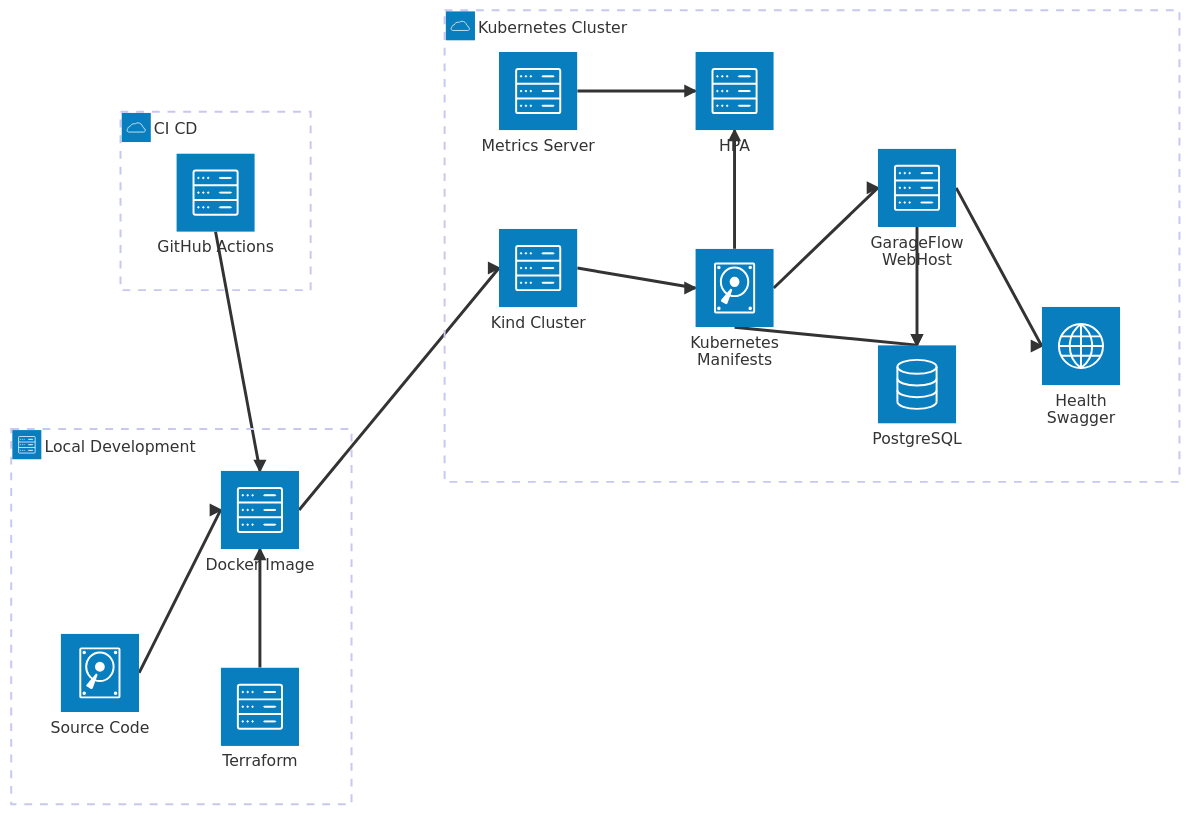
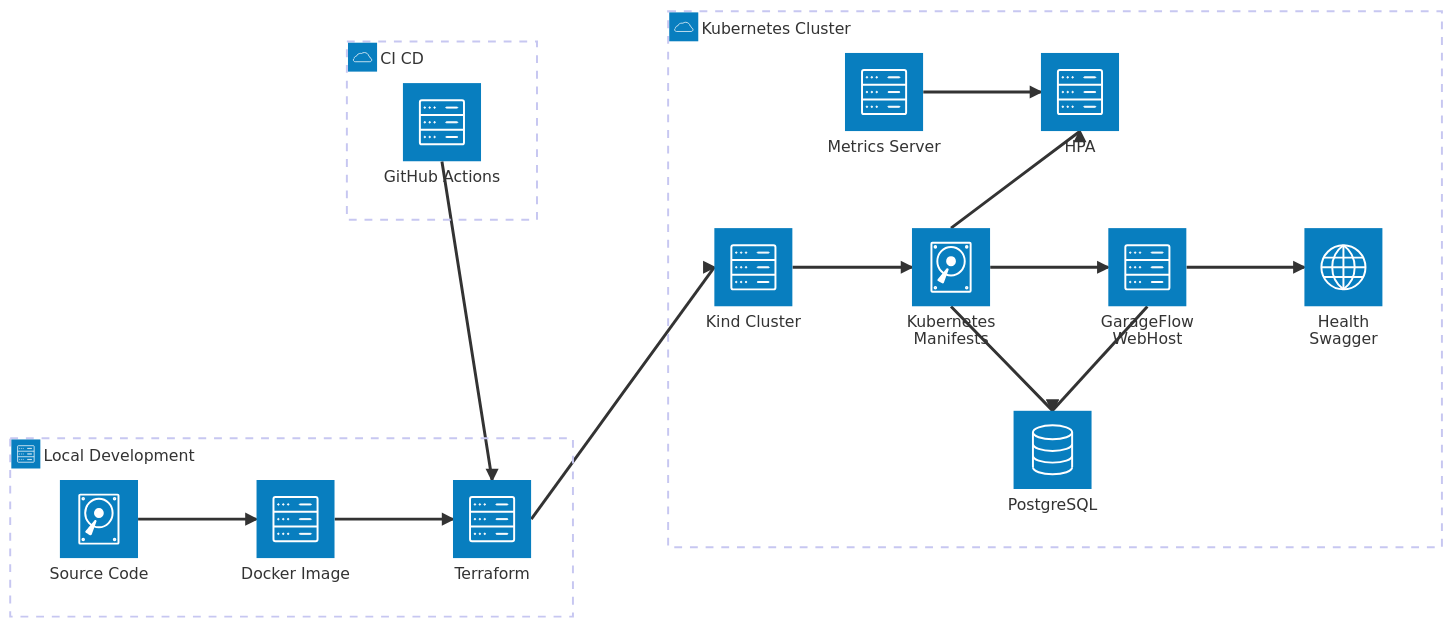
Before and after one commit to marcossilvajnr/GarageFlow: the first of 3 diagrams in docs/architecture/architecture-diagrams.md, drawn with Mermaid.

Commit message:
docs: refine mermaid infrastructure diagram layout

````diff
--- a/docs/architecture/architecture-diagrams.md
+++ b/docs/architecture/architecture-diagrams.md
@@ -11,32 +11,33 @@
 ```mermaid
 architecture-beta
   group local(server)[Local Development]
   group cluster(cloud)[Kubernetes Cluster]
   group cicd(cloud)[CI CD]
 
   service source(disk)[Source Code] in local
   service docker(server)[Docker Image] in local
   service terraform(server)[Terraform] in local
   service github(server)[GitHub Actions] in cicd
   service kind(server)[Kind Cluster] in cluster
   service manifests(disk)[Kubernetes Manifests] in cluster
   service webhost(server)[GarageFlow WebHost] in cluster
   service postgres(database)[PostgreSQL] in cluster
   service hpa(server)[HPA] in cluster
   service metrics(server)[Metrics Server] in cluster
   service health(internet)[Health Swagger] in cluster
 
-  align column docker terraform
+  align row source docker terraform
+  align row kind manifests webhost health
 
   source:R --> L:docker
-  terraform:T --> B:docker
-  docker:R --> L:kind
-  github:B --> T:docker
+  docker:R --> L:terraform
+  terraform:R --> L:kind
+  github:B --> T:terraform
   kind:R --> L:manifests
   manifests:R --> L:webhost
+  manifests:T --> B:hpa
   manifests:B --> T:postgres
-  manifests:T --> B:hpa
   metrics:R --> L:hpa
   webhost:R --> L:health
   webhost:B --> T:postgres
 ```
````
